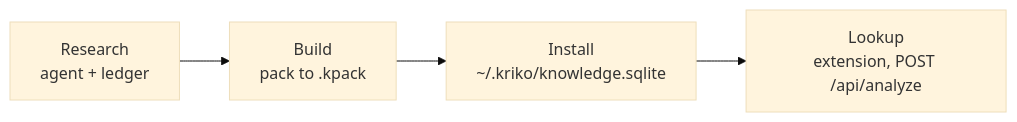
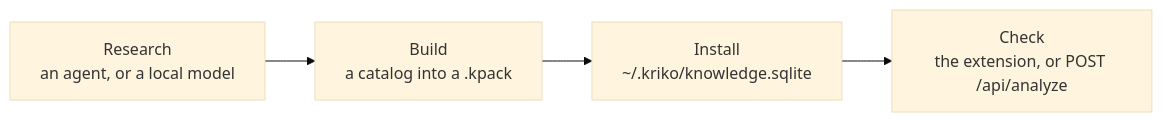
One commit to Berbadov/kriko changed the diagram in docs/USAGE.md. Above: the diagram before and after it, drawn with Mermaid (base theme). The commit also changed other lines of this file and 15 other files, not shown here.

First line of the commit message:
docs: make every document model, agent and product agnostic

````diff
--- a/docs/USAGE.md
+++ b/docs/USAGE.md
@@ -6,6 +6,6 @@
 ```mermaid
 flowchart LR
-    R["Research<br/>agent + ledger"] --> B["Build<br/>pack to .kpack"]
+    R["Research<br/>an agent, or a local model"] --> B["Build<br/>a catalog into a .kpack"]
     B --> I["Install<br/>~/.kriko/knowledge.sqlite"]
-    I --> L["Lookup<br/>extension, POST /api/analyze"]
+    I --> L["Check<br/>the extension, or POST /api/analyze"]
 ```
````
